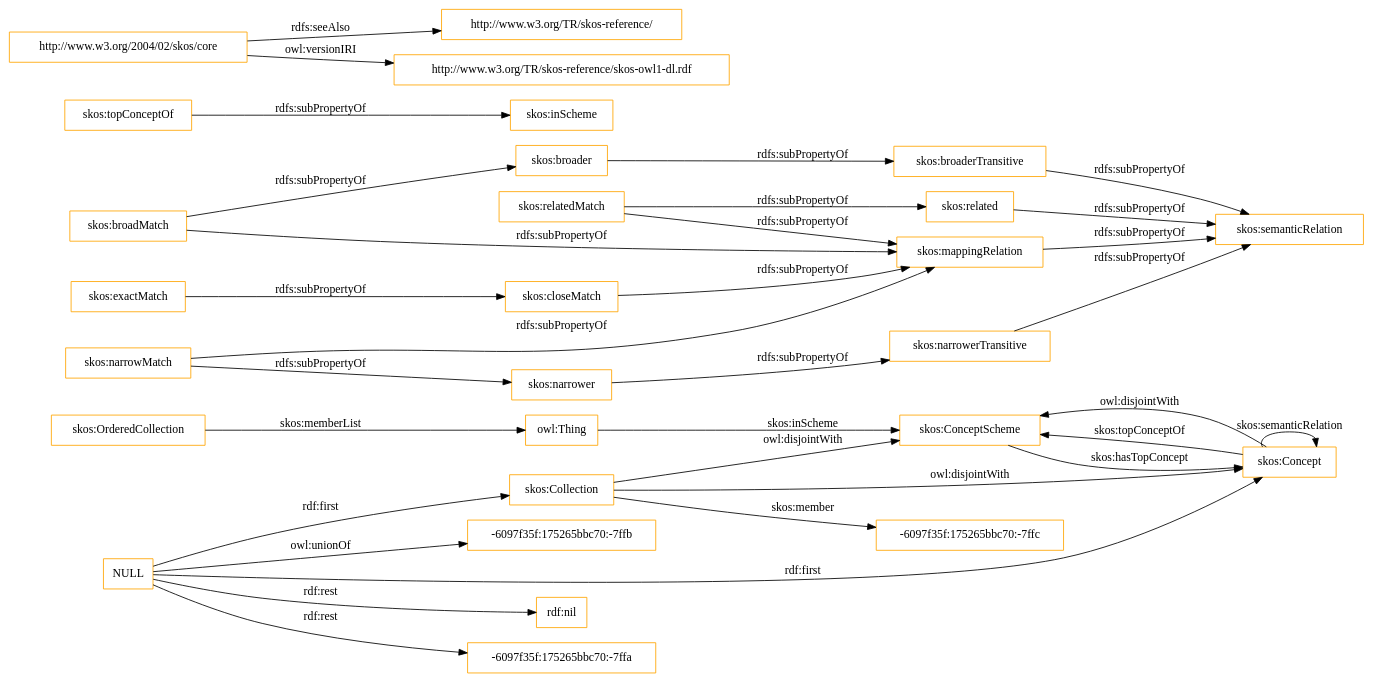
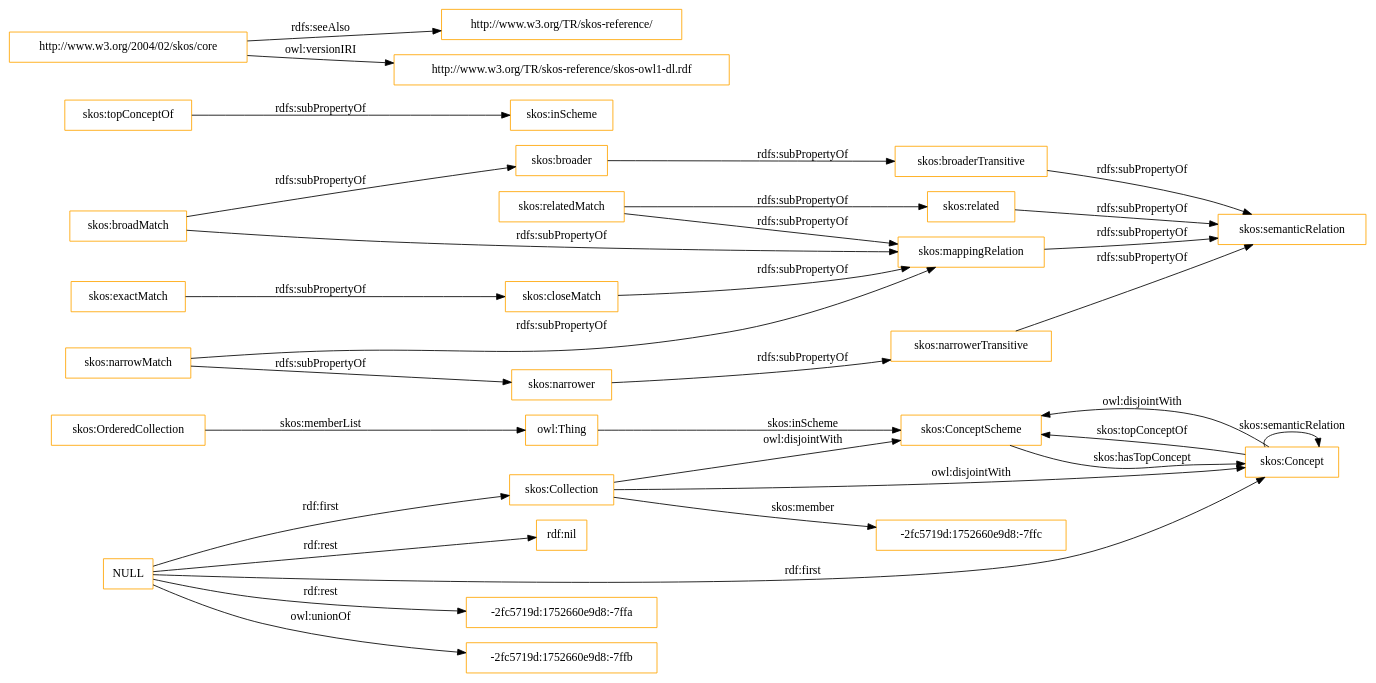
The diagram in OnToology/imports/skos.owl/diagrams/ar2dtool-class/skos.owl.png.dot (OnToologyUser/core-ontology-1), drawn with Graphviz before and after one commit. The commit also changed 14 other files, not shown here.

```diff
--- a/OnToology/imports/skos.owl/diagrams/ar2dtool-class/skos.owl.png.dot
+++ b/OnToology/imports/skos.owl/diagrams/ar2dtool-class/skos.owl.png.dot
@@ -1,37 +1,37 @@
 digraph ar2dtool_diagram { 
 rankdir=LR;
 size="1501"
-node [shape = rectangle, color="orange"]; "skos:OrderedCollection" "skos:ConceptScheme" "skos:Concept" "skos:Collection" "-6097f35f:175265bbc70:-7ffc" ; /*classes style*/
+node [shape = rectangle, color="orange"]; "skos:OrderedCollection" "skos:ConceptScheme" "skos:Concept" "skos:Collection" "-2fc5719d:1752660e9d8:-7ffc" ; /*classes style*/
 	"skos:narrowerTransitive" -> "skos:semanticRelation" [ label = "rdfs:subPropertyOf" ];
+	"NULL" -> "-2fc5719d:1752660e9d8:-7ffa" [ label = "rdf:rest" ];
+	"NULL" -> "skos:Collection" [ label = "rdf:first" ];
+	"NULL" -> "-2fc5719d:1752660e9d8:-7ffb" [ label = "owl:unionOf" ];
 	"NULL" -> "rdf:nil" [ label = "rdf:rest" ];
 	"NULL" -> "skos:Concept" [ label = "rdf:first" ];
-	"NULL" -> "-6097f35f:175265bbc70:-7ffa" [ label = "rdf:rest" ];
-	"NULL" -> "skos:Collection" [ label = "rdf:first" ];
-	"NULL" -> "-6097f35f:175265bbc70:-7ffb" [ label = "owl:unionOf" ];
 	"skos:closeMatch" -> "skos:mappingRelation" [ label = "rdfs:subPropertyOf" ];
 	"skos:Concept" -> "skos:ConceptScheme" [ label = "owl:disjointWith" ];
 	"skos:relatedMatch" -> "skos:related" [ label = "rdfs:subPropertyOf" ];
 	"skos:relatedMatch" -> "skos:mappingRelation" [ label = "rdfs:subPropertyOf" ];
 	"skos:related" -> "skos:semanticRelation" [ label = "rdfs:subPropertyOf" ];
 	"skos:topConceptOf" -> "skos:inScheme" [ label = "rdfs:subPropertyOf" ];
 	"skos:broadMatch" -> "skos:mappingRelation" [ label = "rdfs:subPropertyOf" ];
 	"skos:broadMatch" -> "skos:broader" [ label = "rdfs:subPropertyOf" ];
 	"skos:exactMatch" -> "skos:closeMatch" [ label = "rdfs:subPropertyOf" ];
 	"skos:broaderTransitive" -> "skos:semanticRelation" [ label = "rdfs:subPropertyOf" ];
 	"skos:broader" -> "skos:broaderTransitive" [ label = "rdfs:subPropertyOf" ];
 	"skos:mappingRelation" -> "skos:semanticRelation" [ label = "rdfs:subPropertyOf" ];
 	"http://www.w3.org/2004/02/skos/core" -> "http://www.w3.org/TR/skos-reference/" [ label = "rdfs:seeAlso" ];
 	"http://www.w3.org/2004/02/skos/core" -> "http://www.w3.org/TR/skos-reference/skos-owl1-dl.rdf" [ label = "owl:versionIRI" ];
 	"skos:Collection" -> "skos:ConceptScheme" [ label = "owl:disjointWith" ];
 	"skos:Collection" -> "skos:Concept" [ label = "owl:disjointWith" ];
 	"skos:narrower" -> "skos:narrowerTransitive" [ label = "rdfs:subPropertyOf" ];
 	"skos:narrowMatch" -> "skos:narrower" [ label = "rdfs:subPropertyOf" ];
 	"skos:narrowMatch" -> "skos:mappingRelation" [ label = "rdfs:subPropertyOf" ];
 	"skos:OrderedCollection" -> "owl:Thing" [ label = "skos:memberList" ];
 	"skos:Concept" -> "skos:ConceptScheme" [ label = "skos:topConceptOf" ];
 	"skos:Concept" -> "skos:Concept" [ label = "skos:semanticRelation" ];
-	"skos:Collection" -> "-6097f35f:175265bbc70:-7ffc" [ label = "skos:member" ];
+	"skos:Collection" -> "-2fc5719d:1752660e9d8:-7ffc" [ label = "skos:member" ];
 	"skos:ConceptScheme" -> "skos:Concept" [ label = "skos:hasTopConcept" ];
 	"owl:Thing" -> "skos:ConceptScheme" [ label = "skos:inScheme" ];
 
 }
```
